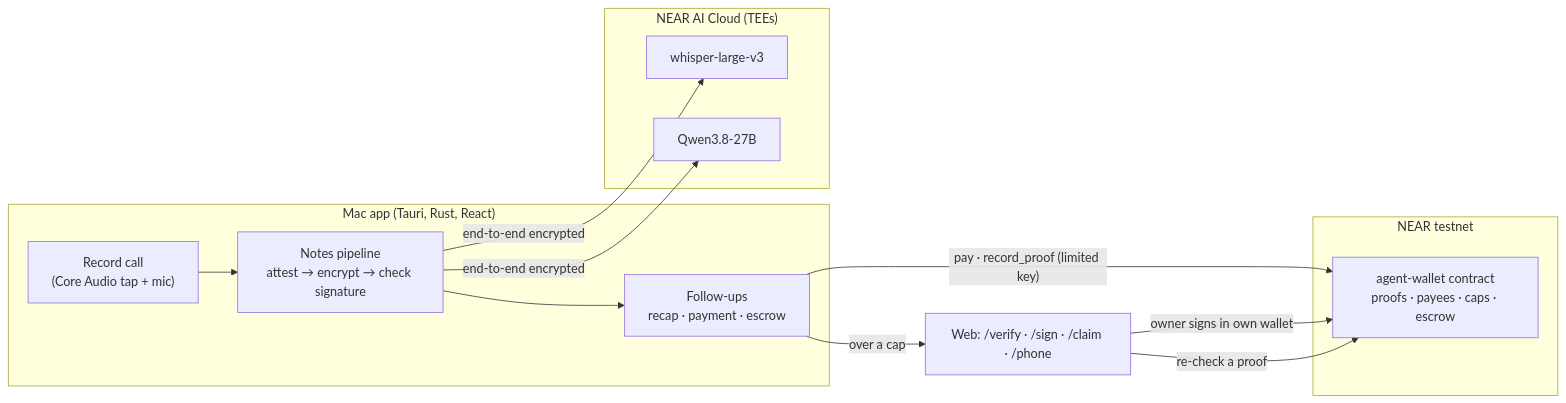
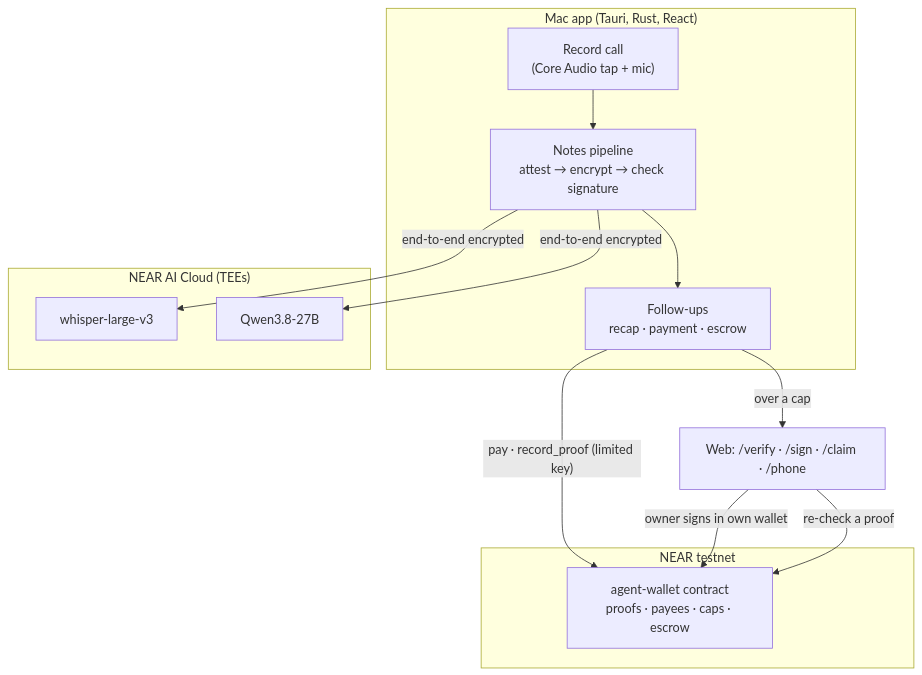
Before and after one commit to Don-Vicks/aftercall: the diagram in README.md, drawn with Mermaid.

Commit message:
docs: draw the README flow top to bottom so its labels read at full size

````diff
--- a/README.md
+++ b/README.md
@@ -54,24 +54,24 @@
 ```mermaid
-flowchart LR
+flowchart TB
   subgraph Mac["Mac app (Tauri, Rust, React)"]
     rec["Record call<br/>(Core Audio tap + mic)"]
     notes["Notes pipeline<br/>attest → encrypt → check signature"]
     fu["Follow-ups<br/>recap · payment · escrow"]
   end
   subgraph AI["NEAR AI Cloud (TEEs)"]
     whisper["whisper-large-v3"]
     qwen["Qwen3.8-27B"]
   end
   subgraph NEAR["NEAR testnet"]
     wallet["agent-wallet contract<br/>proofs · payees · caps · escrow"]
   end
   web["Web: /verify · /sign · /claim · /phone"]
   rec --> notes
   notes -- "end-to-end encrypted" --> whisper
   notes -- "end-to-end encrypted" --> qwen
   notes --> fu
   fu -- "pay · record_proof (limited key)" --> wallet
   fu -- "over a cap" --> web
   web -- "owner signs in own wallet" --> wallet
   web -- "re-check a proof" --> wallet
 ```
````
